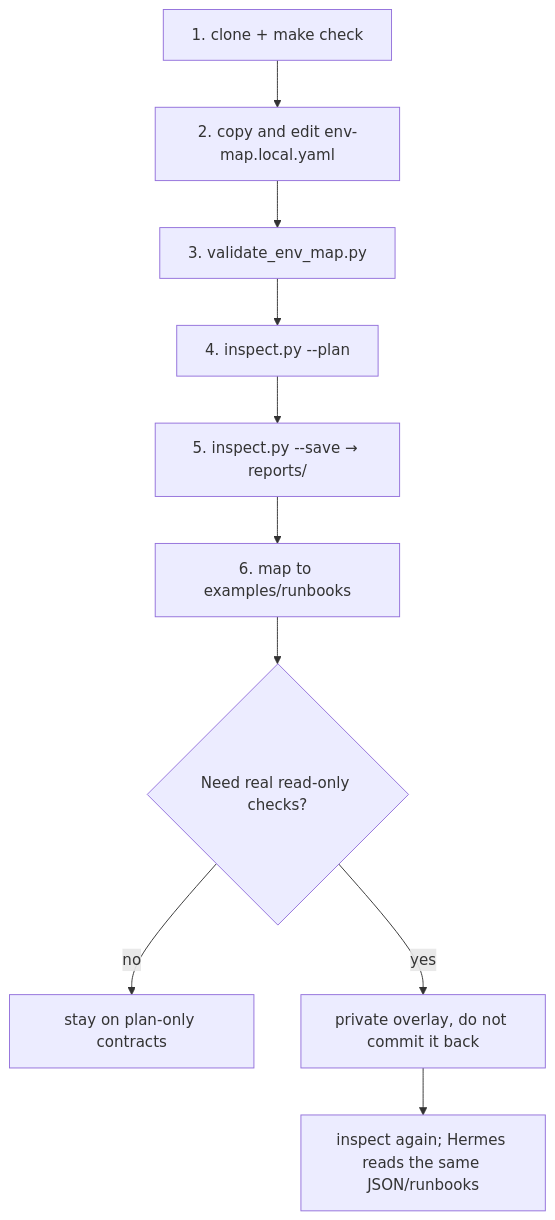
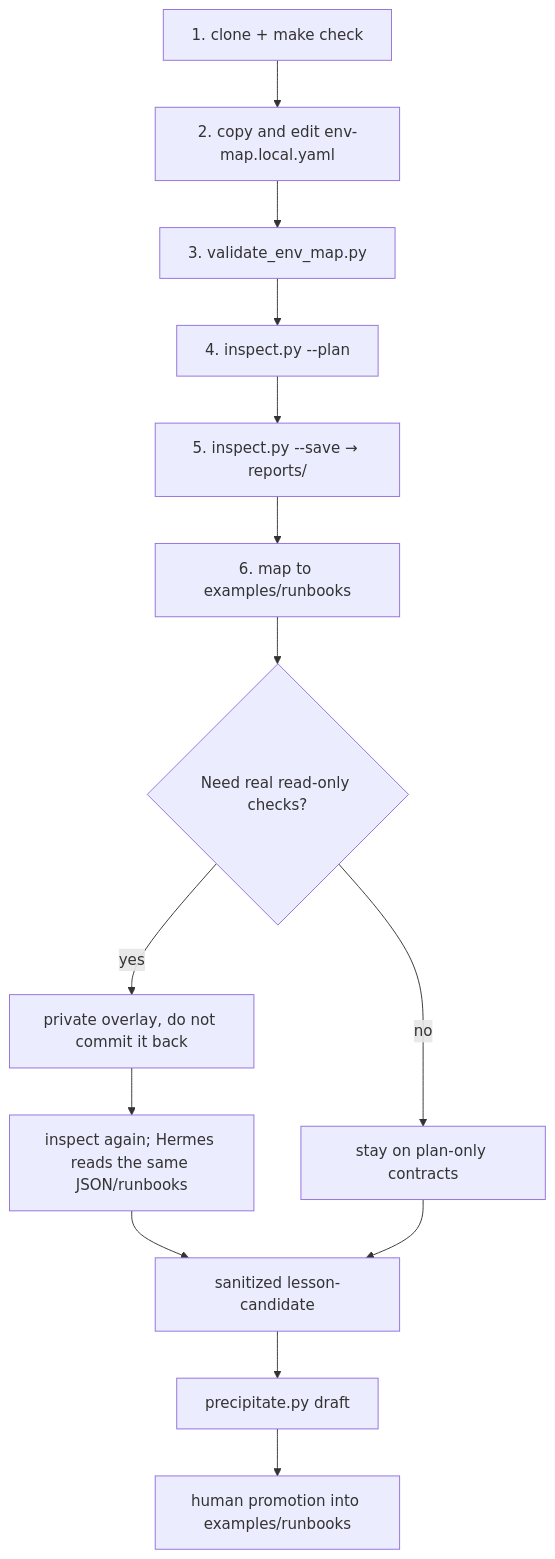
One commit to z35834491-cmyk/hermes-ops-kit changed the diagram in docs/clone-and-run.en.md. Above: the diagram before and after it, drawn with Mermaid. The commit also changed other lines of this file and 35 other files, not shown here.

````diff
--- a/docs/clone-and-run.en.md
+++ b/docs/clone-and-run.en.md
@@ -9,12 +9,16 @@
 ```mermaid
 flowchart TD
   A["1. clone + make check"] --> B["2. copy and edit env-map.local.yaml"]
   B --> C["3. validate_env_map.py"]
   C --> D["4. inspect.py --plan"]
   D --> E["5. inspect.py --save → reports/"]
   E --> F["6. map to examples/runbooks"]
   F --> G{"Need real read-only checks?"}
   G -->|no| H["stay on plan-only contracts"]
   G -->|yes| I["private overlay, do not commit it back"]
   I --> J["inspect again; Hermes reads the same JSON/runbooks"]
+  J --> K["sanitized lesson-candidate"]
+  H --> K
+  K --> L["precipitate.py draft"]
+  L --> M["human promotion into examples/runbooks"]
 ```
````
